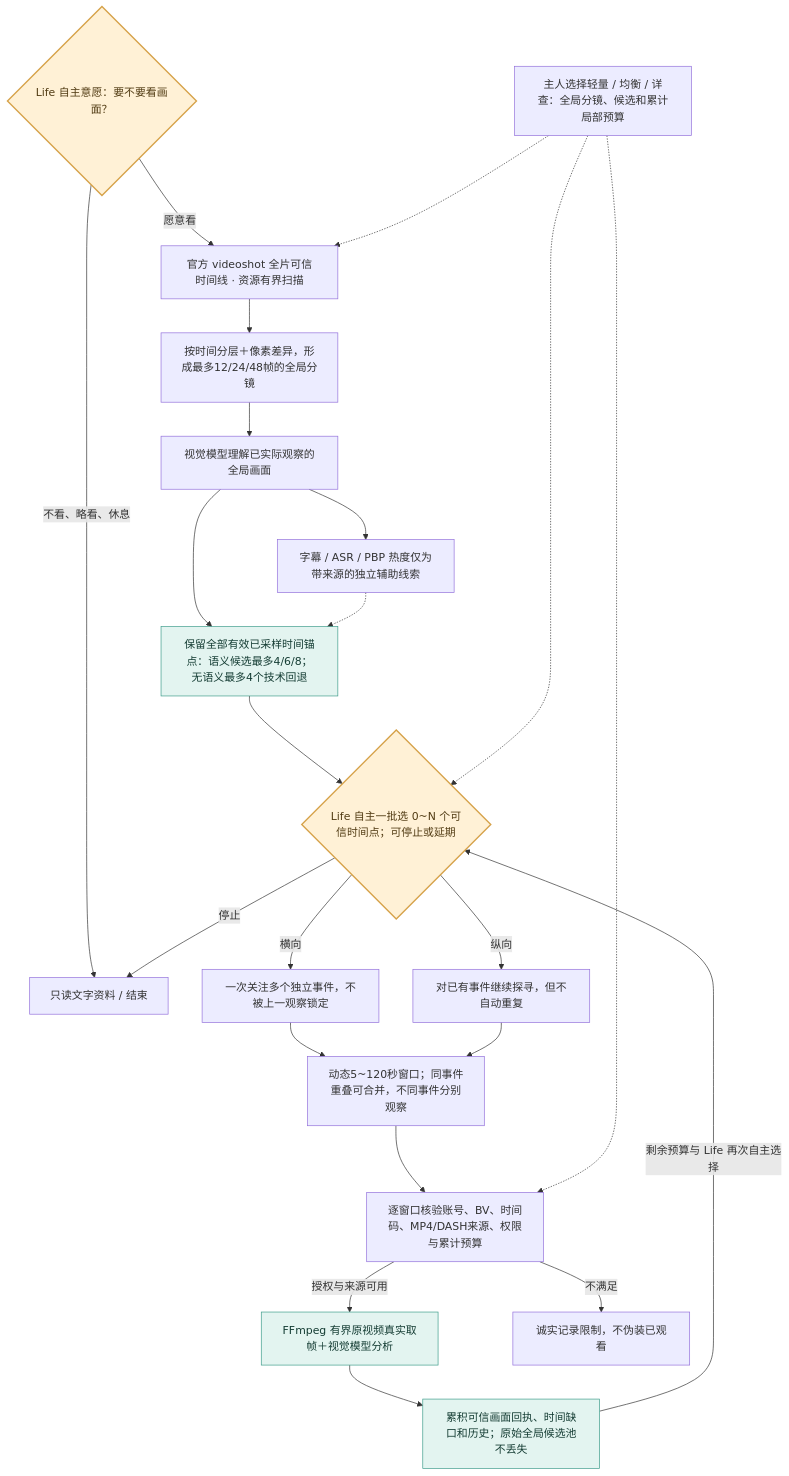
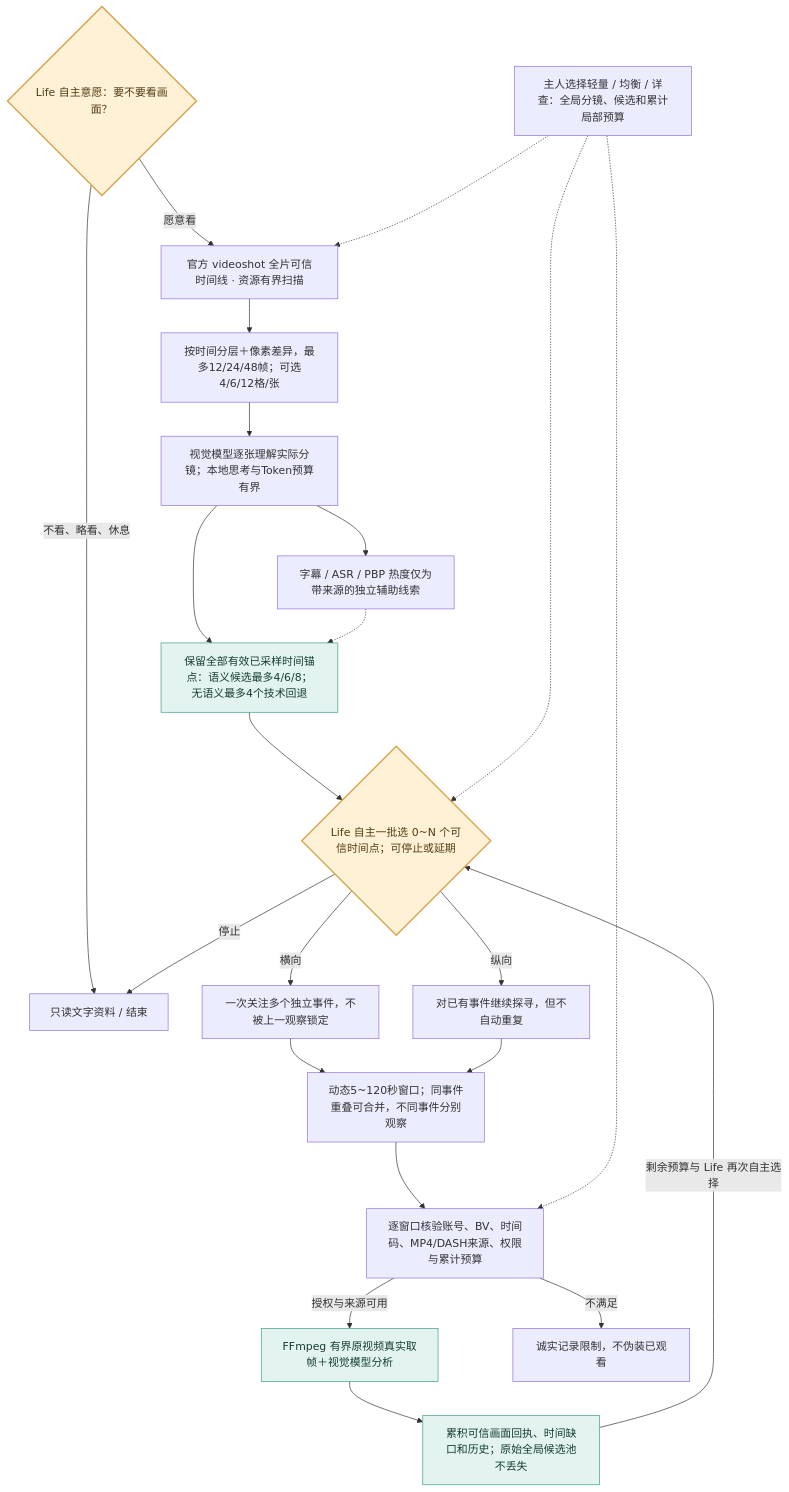
The diagram in docs/architecture/diagrams/video-perception-current.mmd (minedalang/dsh-dafeiyu-life), drawn with Mermaid before and after one commit. The commit also changed 24 other files, not shown here.

```diff
--- a/docs/architecture/diagrams/video-perception-current.mmd
+++ b/docs/architecture/diagrams/video-perception-current.mmd
@@ -1,28 +1,28 @@
 flowchart TB
   budget["主人选择轻量 / 均衡 / 详查：全局分镜、候选和累计局部预算"]
   life{"Life 自主意愿：要不要看画面？"}
   life -->|不看、略看、休息| stop["只读文字资料 / 结束"]
   life -->|愿意看| preview["官方 videoshot 全片可信时间线 · 资源有界扫描"]
   budget -.-> preview
-  preview --> coverage["按时间分层＋像素差异，形成最多12/24/48帧的全局分镜"]
-  coverage --> vision["视觉模型理解已实际观察的全局画面"]
+  preview --> coverage["按时间分层＋像素差异，最多12/24/48帧；可选4/6/12格/张"]
+  coverage --> vision["视觉模型逐张理解实际分镜；本地思考与Token预算有界"]
   vision --> pool["保留全部有效已采样时间锚点：语义候选最多4/6/8；无语义最多4个技术回退"]
   vision --> signals["字幕 / ASR / PBP 热度仅为带来源的独立辅助线索"]
   signals -.-> pool
   pool --> choose{"Life 自主一批选 0~N 个可信时间点；可停止或延期"}
   budget -.-> choose
   choose -->|横向| wide["一次关注多个独立事件，不被上一观察锁定"]
   choose -->|纵向| deep["对已有事件继续探寻，但不自动重复"]
   choose -->|停止| stop
   wide --> merge["动态5~120秒窗口；同事件重叠可合并，不同事件分别观察"]
   deep --> merge
   merge --> gate["逐窗口核验账号、BV、时间码、MP4/DASH来源、权限与累计预算"]
   budget -.-> gate
   gate -->|授权与来源可用| ffmpeg["FFmpeg 有界原视频真实取帧＋视觉模型分析"]
   gate -->|不满足| blocked["诚实记录限制，不伪装已观看"]
   ffmpeg --> evidence["累积可信画面回执、时间缺口和历史；原始全局候选池不丢失"]
   evidence -->|剩余预算与 Life 再次自主选择| choose
   classDef life fill:#fff1d6,stroke:#d6a249,color:#523c14,stroke-width:2px;
   classDef observed fill:#e3f4f0,stroke:#3d9c8a,color:#143c33;
   class life,choose life;
   class pool,ffmpeg,evidence observed;
```
